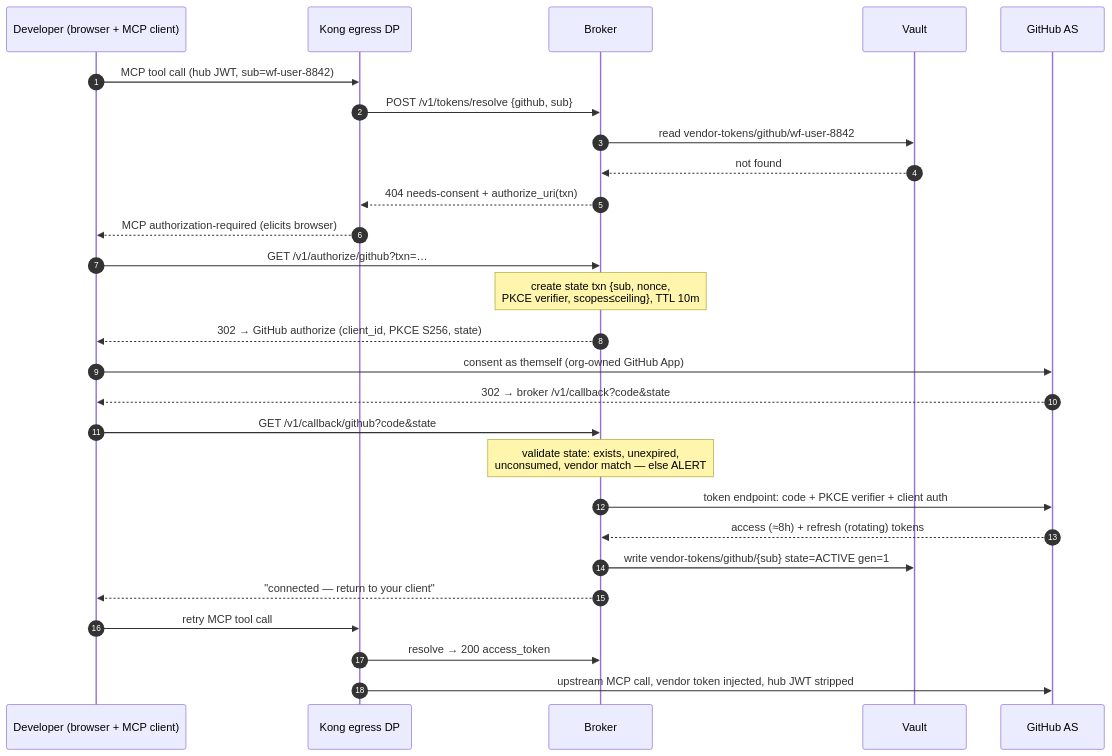
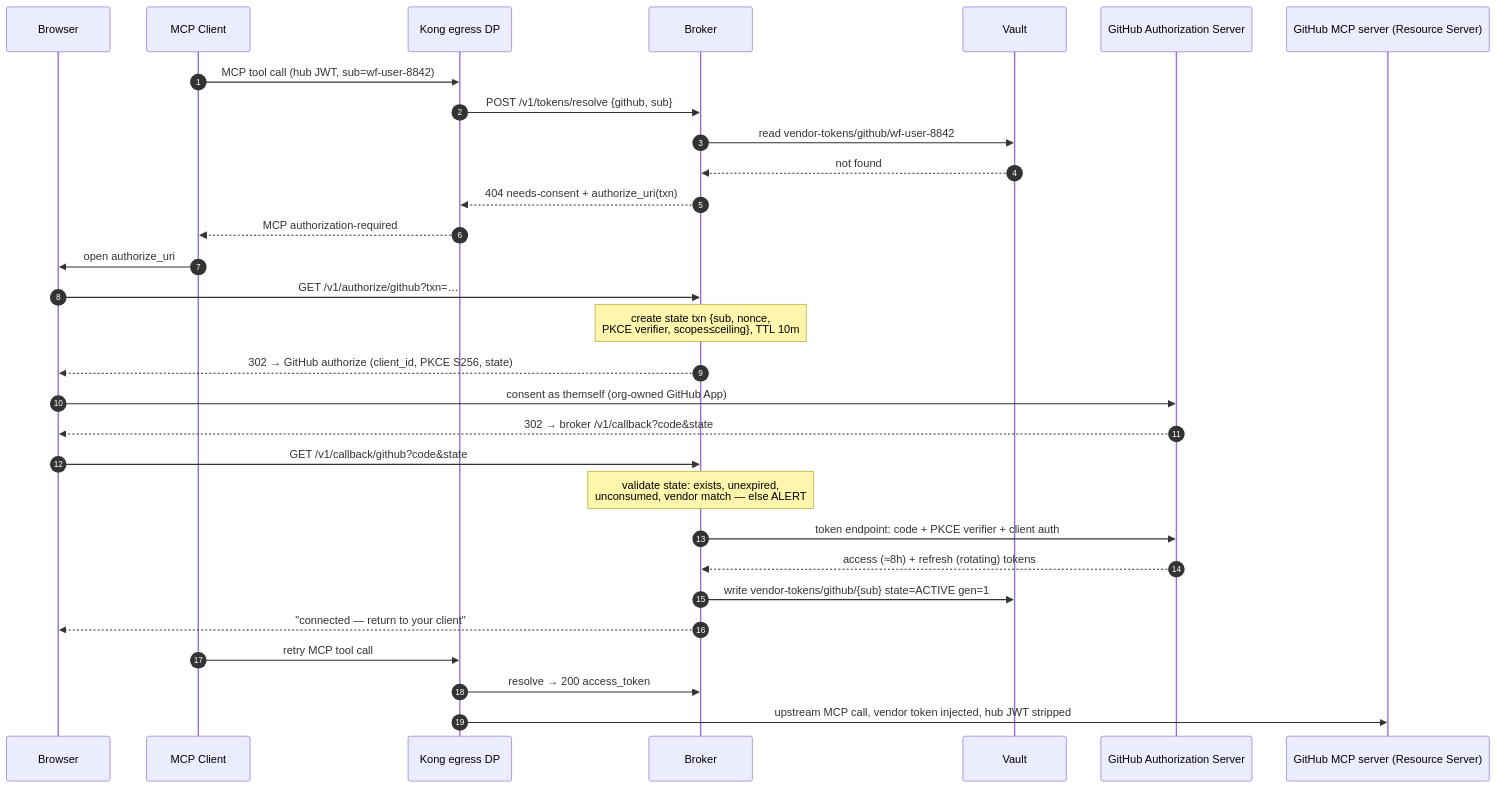
Before and after one commit to chief-builder/mcp-healthcare-reference: the first of 3 diagrams in docs/vendor-token-broker-design.md, drawn with Mermaid. The commit also changed other lines of this file and 4 other files, not shown here.

First line of the commit message:
docs: EMA spec alignment, master diagram, code-sync reconciliation

````diff
--- a/docs/vendor-token-broker-design.md
+++ b/docs/vendor-token-broker-design.md
@@ -84,30 +84,33 @@
 ```mermaid
 sequenceDiagram
     autonumber
-    participant U as Developer (browser + MCP client)
+    participant UA as Browser
+    participant C as MCP Client
     participant K as Kong egress DP
     participant B as Broker
     participant V as Vault
-    participant G as GitHub AS
+    participant G as GitHub Authorization Server
+    participant M as GitHub MCP server (Resource Server)
 
-    U->>K: MCP tool call (hub JWT, sub=wf-user-8842)
+    C->>K: MCP tool call (hub JWT, sub=wf-user-8842)
     K->>B: POST /v1/tokens/resolve {github, sub}
     B->>V: read vendor-tokens/github/wf-user-8842
     V-->>B: not found
     B-->>K: 404 needs-consent + authorize_uri(txn)
-    K-->>U: MCP authorization-required (elicits browser)
-    U->>B: GET /v1/authorize/github?txn=…
+    K-->>C: MCP authorization-required
+    C->>UA: open authorize_uri
+    UA->>B: GET /v1/authorize/github?txn=…
     Note over B: create state txn {sub, nonce,<br/>PKCE verifier, scopes≤ceiling}, TTL 10m
-    B-->>U: 302 → GitHub authorize (client_id, PKCE S256, state)
-    U->>G: consent as themself (org-owned GitHub App)
-    G-->>U: 302 → broker /v1/callback?code&state
-    U->>B: GET /v1/callback/github?code&state
+    B-->>UA: 302 → GitHub authorize (client_id, PKCE S256, state)
+    UA->>G: consent as themself (org-owned GitHub App)
+    G-->>UA: 302 → broker /v1/callback?code&state
+    UA->>B: GET /v1/callback/github?code&state
     Note over B: validate state: exists, unexpired,<br/>unconsumed, vendor match — else ALERT
     B->>G: token endpoint: code + PKCE verifier + client auth
     G-->>B: access (≈8h) + refresh (rotating) tokens
     B->>V: write vendor-tokens/github/{sub} state=ACTIVE gen=1
-    B-->>U: "connected — return to your client"
-    U->>K: retry MCP tool call
+    B-->>UA: "connected — return to your client"
+    C->>K: retry MCP tool call
     K->>B: resolve → 200 access_token
-    K->>G: upstream MCP call, vendor token injected, hub JWT stripped
+    K->>M: upstream MCP call, vendor token injected, hub JWT stripped
 ```
````
